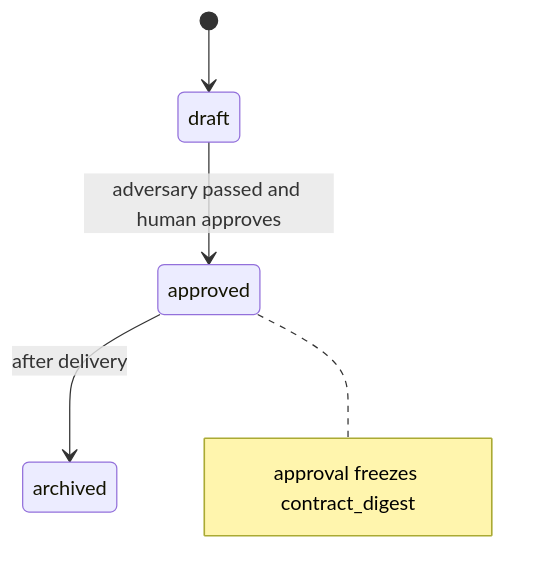
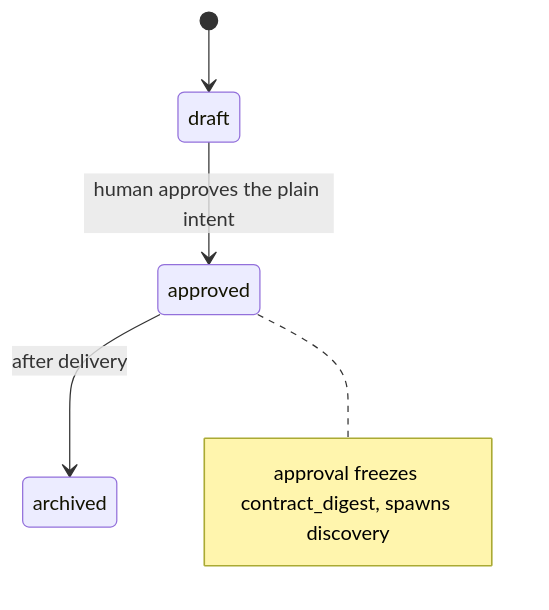
Before and after one commit to kaotypr/context-circuit-source: the fourth of 7 diagrams in sources/context-circuit-v1.0/diagrams.md, drawn with Mermaid. The commit also changed other lines of this file and 22 other files, not shown here.

First line of the commit message:
docs(sources): refactor v1.0 study around a discovery phase, dropping the spec adversary

````diff
--- a/sources/context-circuit-v1.0/diagrams.md
+++ b/sources/context-circuit-v1.0/diagrams.md
@@ -93,9 +112,9 @@
 ```mermaid
 stateDiagram-v2
     [*] --> draft
-    draft --> approved: adversary passed and human approves
+    draft --> approved: human approves the plain intent
     approved --> archived: after delivery
     note right of approved
-        approval freezes contract_digest
+        approval freezes contract_digest, spawns discovery
     end note
 ```
````
